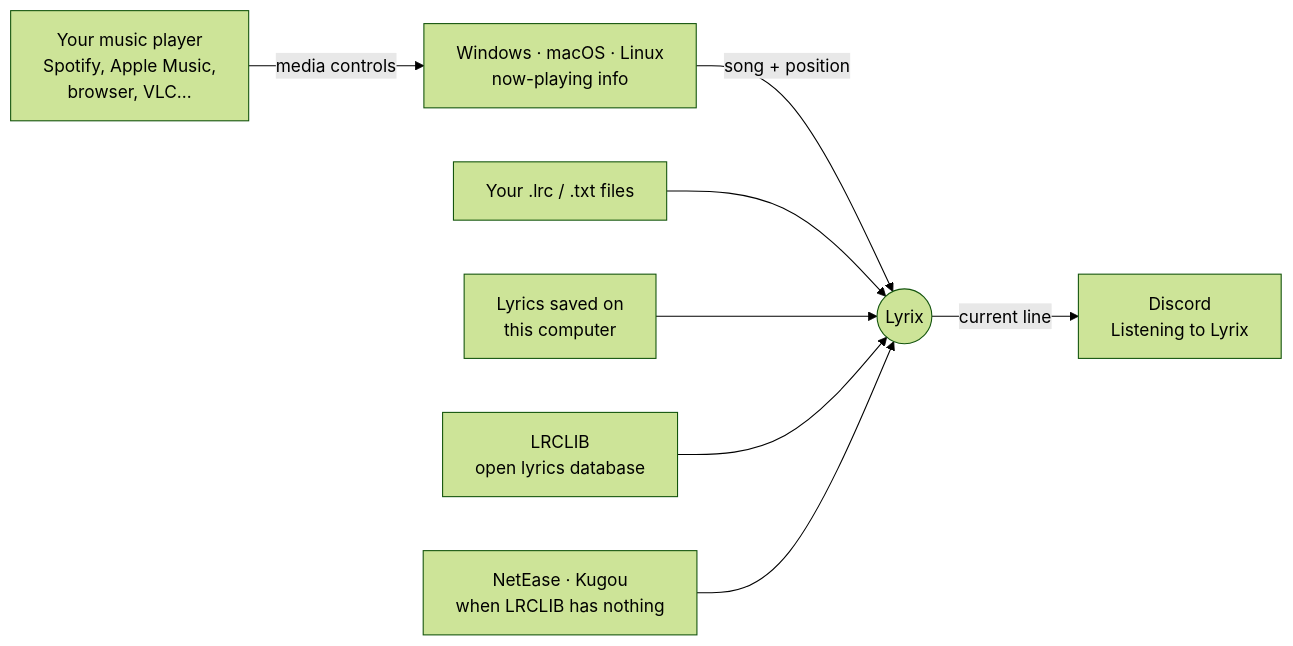
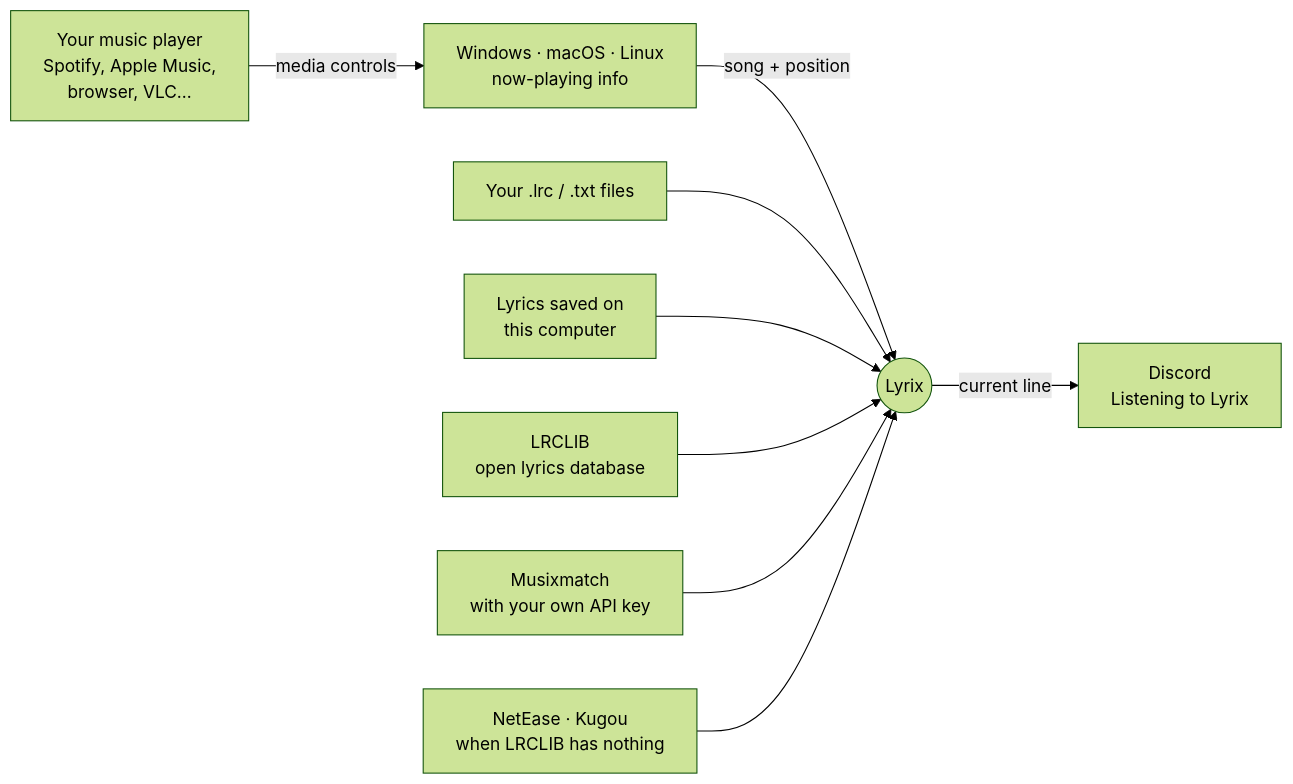
One commit to Ggaming5005/Lyrixx changed the diagram in README.md. Above: the diagram before and after it, drawn with Mermaid (forest theme). The commit also changed other lines of this file and 15 other files, not shown here.

First line of the commit message:
Ask Musixmatch with your own API key after LRCLIB

````diff
--- a/README.md
+++ b/README.md
@@ -59,10 +59,11 @@
 ```mermaid
 flowchart LR
     P["Your music player<br/>Spotify, Apple Music,<br/>browser, VLC…"] -->|media controls| OS["Windows · macOS · Linux<br/>now-playing info"]
     OS -->|song + position| L(("Lyrix"))
     F["Your .lrc / .txt files"] --> L
     C["Lyrics saved on<br/>this computer"] --> L
     R["LRCLIB<br/>open lyrics database"] --> L
+    M["Musixmatch<br/>with your own API key"] --> L
     N["NetEase · Kugou<br/>when LRCLIB has nothing"] --> L
     L -->|current line| D["Discord<br/>Listening to Lyrix"]
 ```
````
